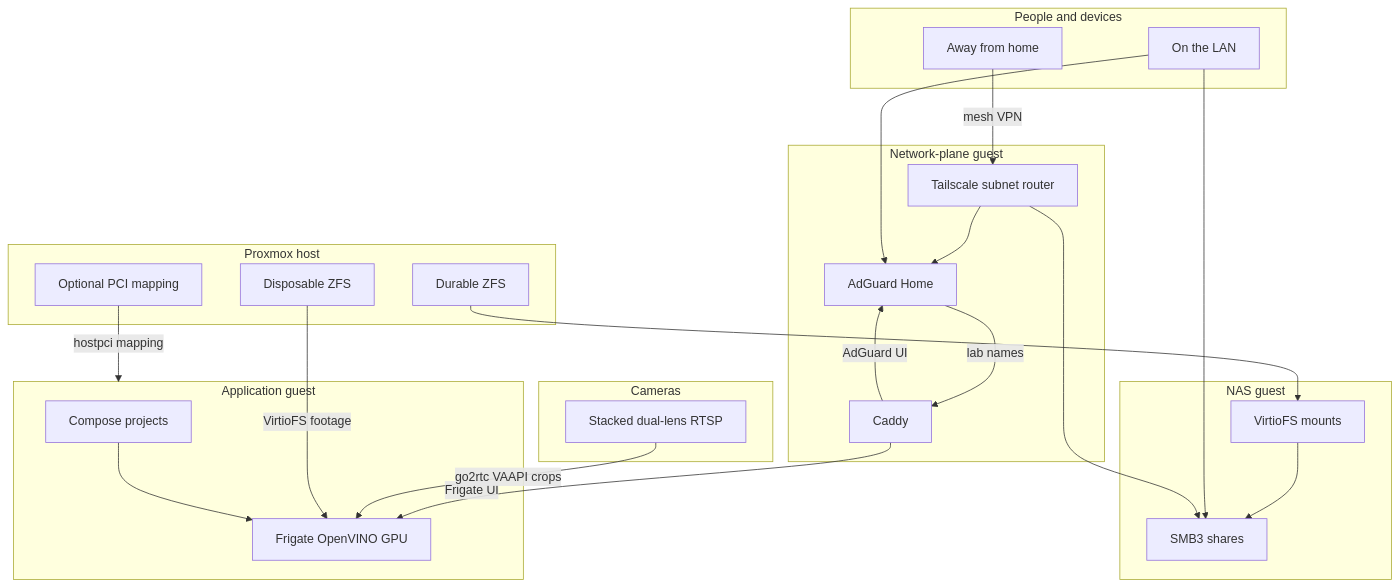
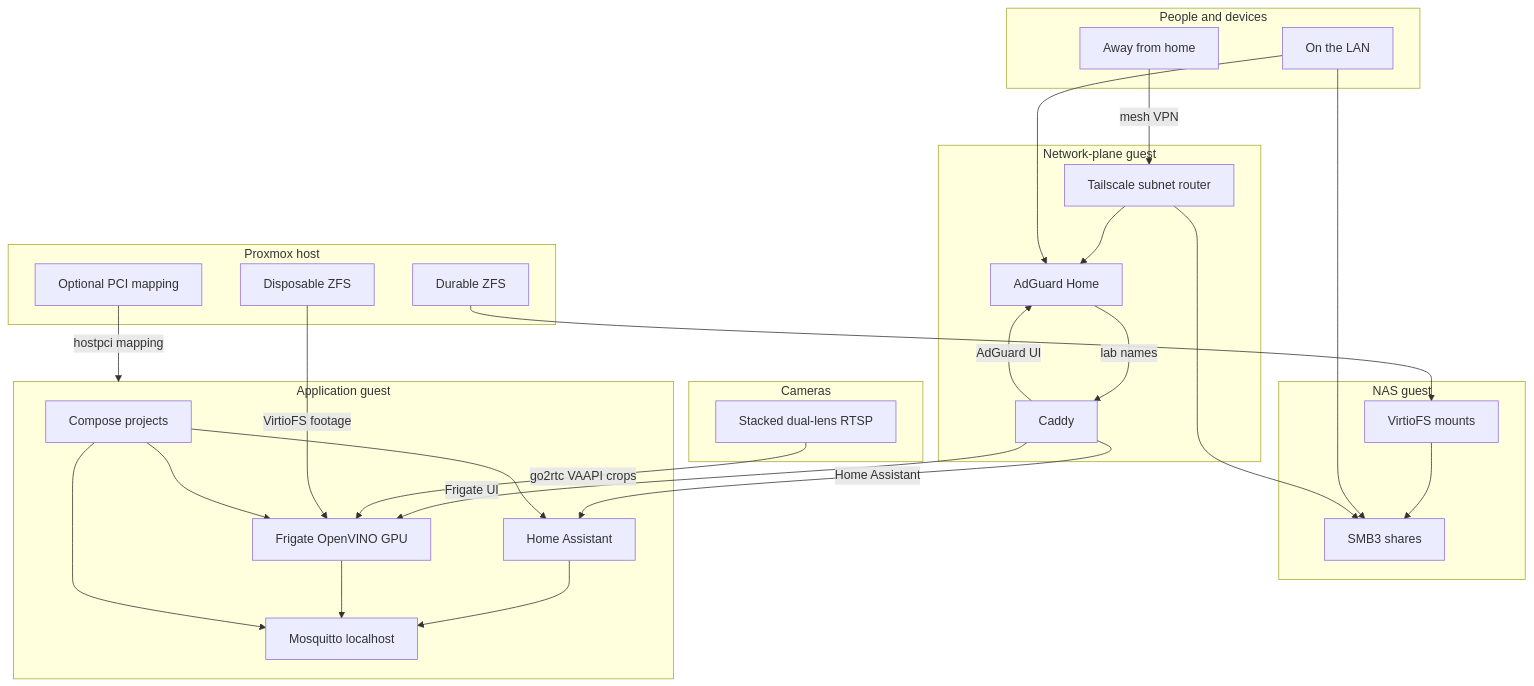
The first of 3 diagrams in README.md (herickmotta/homelab), drawn with Mermaid before and after one commit. The commit also changed other lines of this file and 24 other files, not shown here.

First line of the commit message:
Add Home Assistant Container and a localhost MQTT broker.

````diff
--- a/README.md
+++ b/README.md
@@ -23,49 +23,56 @@
 ```mermaid
 flowchart TB
   subgraph people["People and devices"]
     lan["On the LAN"]
     away["Away from home"]
   end
 
   subgraph net["Network-plane guest"]
     dns["AdGuard Home"]
     proxy["Caddy"]
     mesh["Tailscale subnet router"]
   end
 
   subgraph host["Proxmox host"]
     durable["Durable ZFS"]
     disposable["Disposable ZFS"]
     igpu["Optional PCI mapping"]
   end
 
   subgraph nas["NAS guest"]
     virtio["VirtioFS mounts"]
     smb["SMB3 shares"]
   end
 
   subgraph apps["Application guest"]
     compose["Compose projects"]
     frigate["Frigate OpenVINO GPU"]
+    mqtt["Mosquitto localhost"]
+    ha["Home Assistant"]
   end
 
   subgraph cameras["Cameras"]
     stacked["Stacked dual-lens RTSP"]
   end
 
   away -->|"mesh VPN"| mesh
   mesh --> dns
   lan --> dns
   dns -->|"lab names"| proxy
   proxy -->|"AdGuard UI"| dns
   proxy -->|"Frigate UI"| frigate
+  proxy -->|"Home Assistant"| ha
   stacked -->|"go2rtc VAAPI crops"| frigate
+  ha --> mqtt
+  frigate --> mqtt
 
   durable --> virtio
   virtio --> smb
   lan --> smb
   mesh --> smb
   disposable -->|"VirtioFS footage"| frigate
   igpu -->|"hostpci mapping"| apps
   compose --> frigate
+  compose --> mqtt
+  compose --> ha
 ```
````
